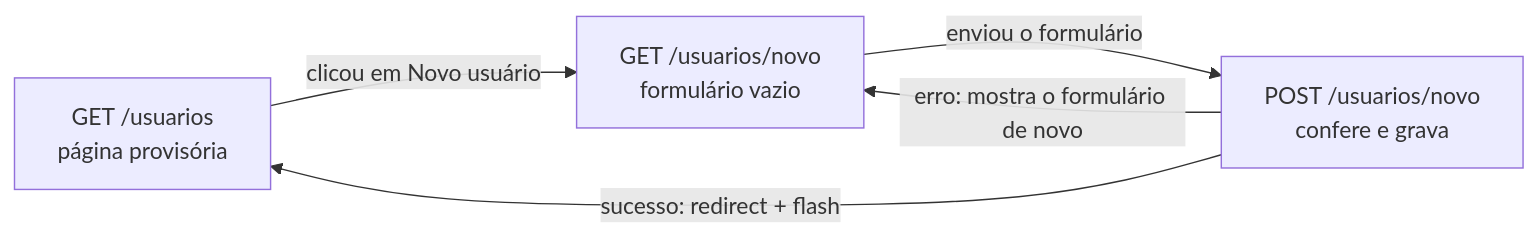
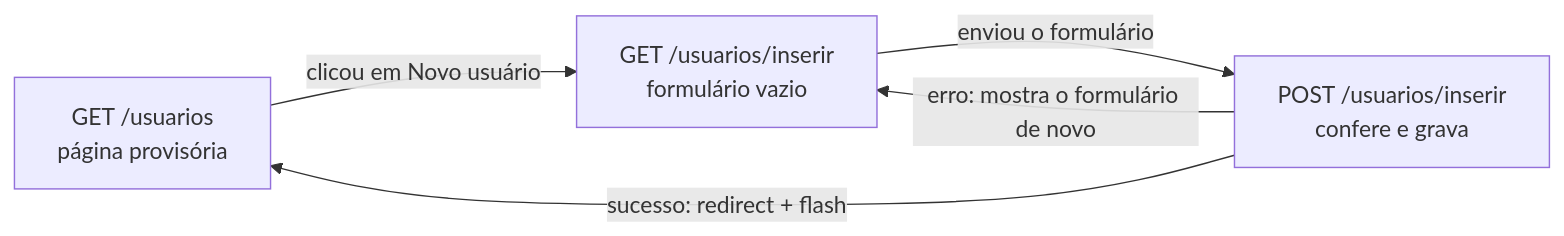
Before and after one commit to GTI-Fatec-Jahu/PI-GTI-2026-2: the diagram in docs/capitulos/Capitulo_14_INSERT_Relacional_de_Usuario.md, drawn with Mermaid. The commit also changed other lines of this file and 15 other files, not shown here.

````diff
--- a/docs/capitulos/Capitulo_14_INSERT_Relacional_de_Usuario.md
+++ b/docs/capitulos/Capitulo_14_INSERT_Relacional_de_Usuario.md
@@ -67,11 +66,11 @@
 ```mermaid
 flowchart LR
     L["GET /usuarios<br/>página provisória"]
-    N["GET /usuarios/novo<br/>formulário vazio"]
-    P["POST /usuarios/novo<br/>confere e grava"]
+    N["GET /usuarios/inserir<br/>formulário vazio"]
+    P["POST /usuarios/inserir<br/>confere e grava"]
 
     L -->|"clicou em Novo usuário"| N
     N -->|"enviou o formulário"| P
     P -->|"erro: mostra o formulário de novo"| N
     P -->|"sucesso: redirect + flash"| L
 ```
````
